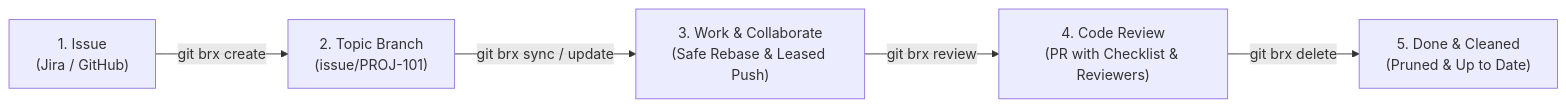
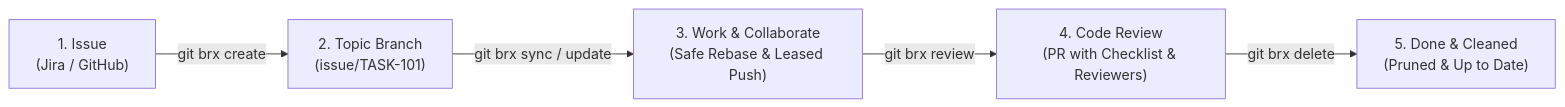
Before and after one commit to bvarnai/git-brx: the diagram in README.md, drawn with Mermaid. The commit also changed other lines of this file and 4 other files, not shown here.

Commit message:
docs: standardize example issue key to TASK-101 across documentation

````diff
--- a/README.md
+++ b/README.md
@@ -62,7 +62,7 @@
 ```mermaid
 flowchart LR
-    A["1. Issue<br/>(Jira / GitHub)"] -->|"git brx create"| B["2. Topic Branch<br/>(issue/PROJ-101)"]
+    A["1. Issue<br/>(Jira / GitHub)"] -->|"git brx create"| B["2. Topic Branch<br/>(issue/TASK-101)"]
     B -->|"git brx sync / update"| C["3. Work & Collaborate<br/>(Safe Rebase & Leased Push)"]
     C -->|"git brx review"| D["4. Code Review<br/>(PR with Checklist & Reviewers)"]
     D -->|"git brx delete"| E["5. Done & Cleaned<br/>(Pruned & Up to Date)"]
 ```
````
